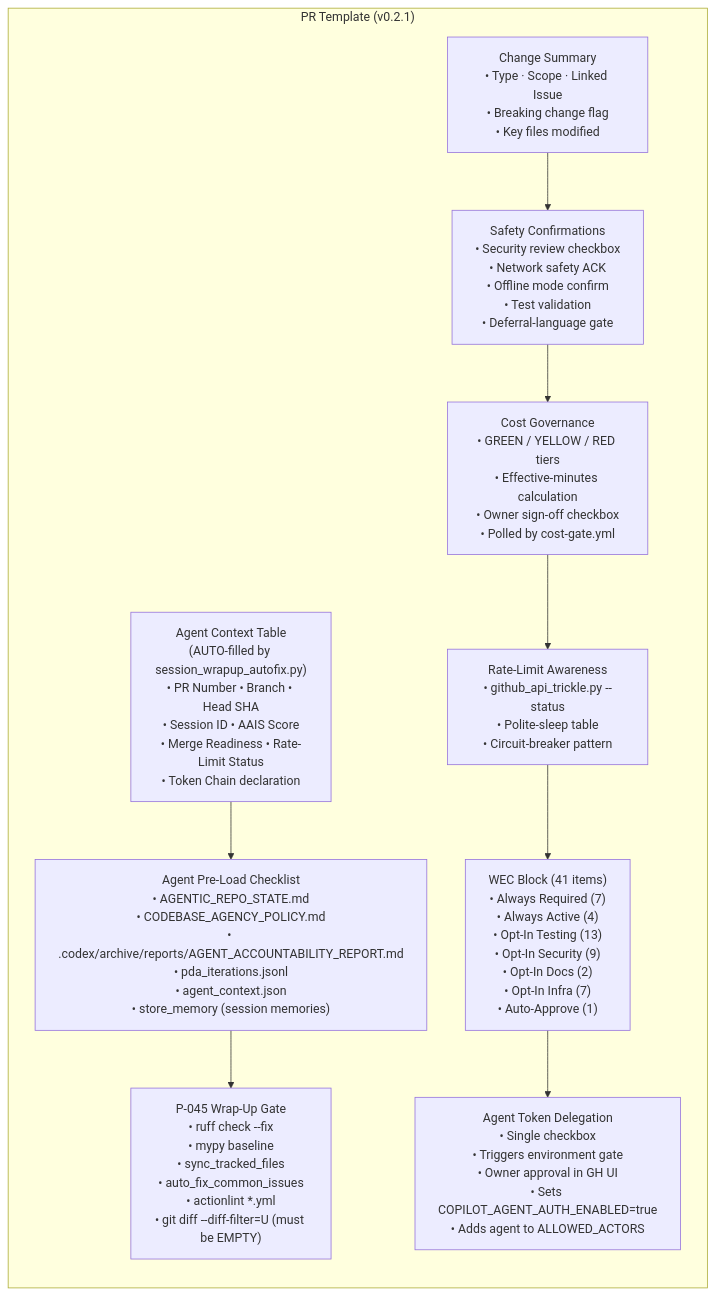
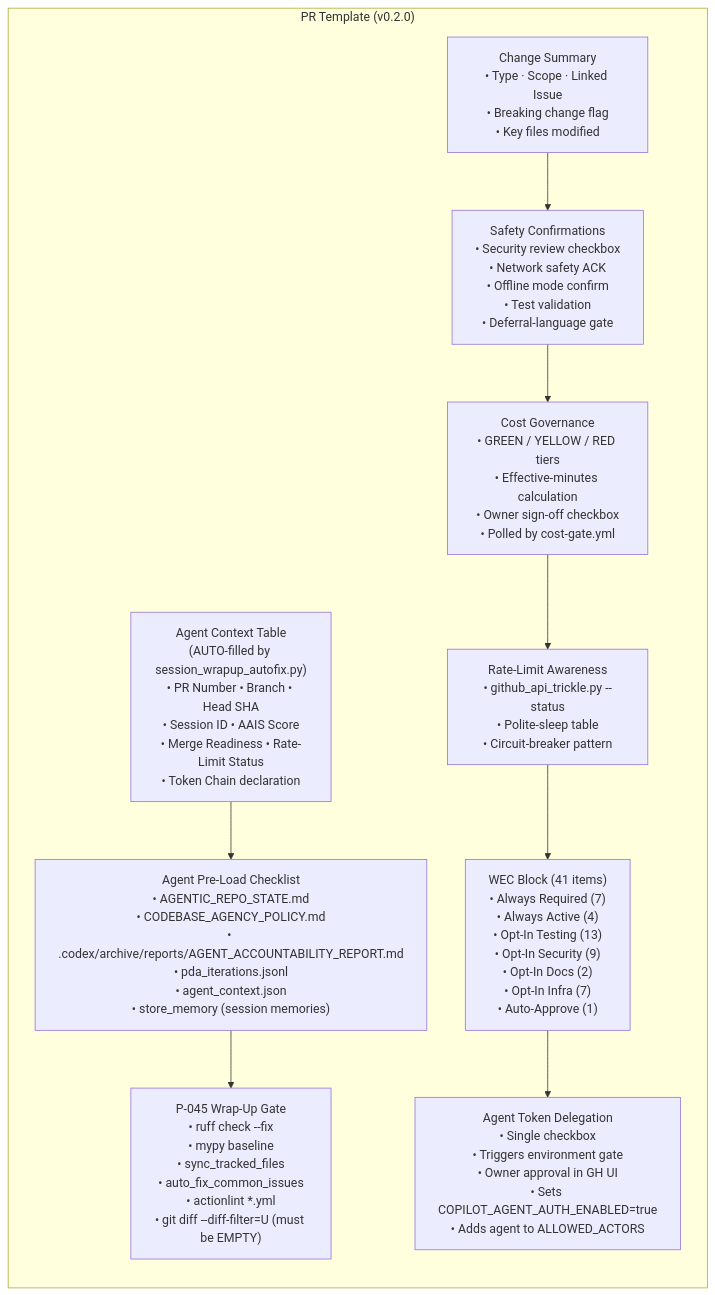
Before and after one commit to Aries-Serpent/_codex_: the third of 12 diagrams in docs/plans/AUTONOMOUS_PRIVILEGE_ARCHITECTURE.md, drawn with Mermaid. The commit also changed other lines of this file and 2850 other files, not shown here.

````diff
--- a/docs/plans/AUTONOMOUS_PRIVILEGE_ARCHITECTURE.md
+++ b/docs/plans/AUTONOMOUS_PRIVILEGE_ARCHITECTURE.md
@@ -130,20 +130,20 @@
 ```mermaid
-%%{init: {'accessibility': {'title': 'Flowchart showing " PR Template (v0.2.1)", " Agent Context Table\n(AUTO-filled by session_wrapup_autofix.py)\n• PR Number • Branch • Head SHA\n• Session ID • AAIS Score\n• Merge Readiness • Rate-Limit Status\n• Token Chain declaration"'}}%%
+%%{init: {'accessibility': {'title': 'Flowchart showing " PR Template (v0.2.0)", " Agent Context Table\n(AUTO-filled by session_wrapup_autofix.py)\n• PR Number • Branch • Head SHA\n• Session ID • AAIS Score\n• Merge Readiness • Rate-Limit Status\n• Token Chain declaration"'}}%%
 
 graph LR
- subgraph TEMPLATE[" PR Template (v0.2.1)"]
+ subgraph TEMPLATE[" PR Template (v0.2.0)"]
  META[" Agent Context Table\n(AUTO-filled by session_wrapup_autofix.py)\n• PR Number • Branch • Head SHA\n• Session ID • AAIS Score\n• Merge Readiness • Rate-Limit Status\n• Token Chain declaration"]
  PRE[" Agent Pre-Load Checklist\n• AGENTIC_REPO_STATE.md\n• CODEBASE_AGENCY_POLICY.md\n• .codex/archive/reports/AGENT_ACCOUNTABILITY_REPORT.md\n• pda_iterations.jsonl\n• agent_context.json\n• store_memory (session memories)"]
  P045[" P-045 Wrap-Up Gate\n• ruff check --fix\n• mypy baseline\n• sync_tracked_files\n• auto_fix_common_issues\n• actionlint *.yml\n• git diff --diff-filter=U (must be EMPTY)"]
  CHANGE[" Change Summary\n• Type · Scope · Linked Issue\n• Breaking change flag\n• Key files modified"]
  SAFETY[" Safety Confirmations\n• Security review checkbox\n• Network safety ACK\n• Offline mode confirm\n• Test validation\n• Deferral-language gate"]
  COST[" Cost Governance\n• GREEN / YELLOW / RED tiers\n• Effective-minutes calculation\n• Owner sign-off checkbox\n• Polled by cost-gate.yml"]
  RATELIMIT[" Rate-Limit Awareness\n• github_api_trickle.py --status\n• Polite-sleep table\n• Circuit-breaker pattern"]
  WEC_BLOCK[" WEC Block (41 items)\n• Always Required (7)\n• Always Active (4)\n• Opt-In Testing (13)\n• Opt-In Security (9)\n• Opt-In Docs (2)\n• Opt-In Infra (7)\n• Auto-Approve (1)"]
  DELEGATION[" Agent Token Delegation\n• Single checkbox\n• Triggers environment gate\n• Owner approval in GH UI\n• Sets COPILOT_AGENT_AUTH_ENABLED=true\n• Adds agent to ALLOWED_ACTORS"]
  end
 
  META --> PRE --> P045
 
  CHANGE --> SAFETY --> COST --> RATELIMIT --> WEC_BLOCK --> DELEGATION
 ```
````
